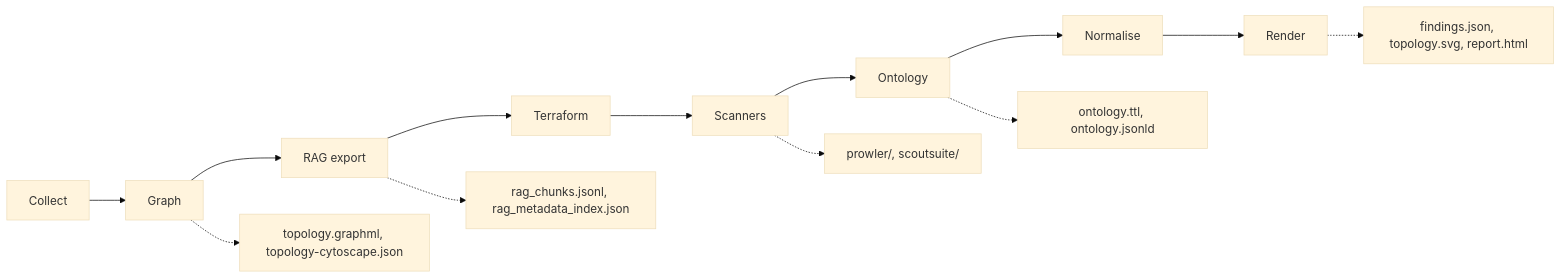
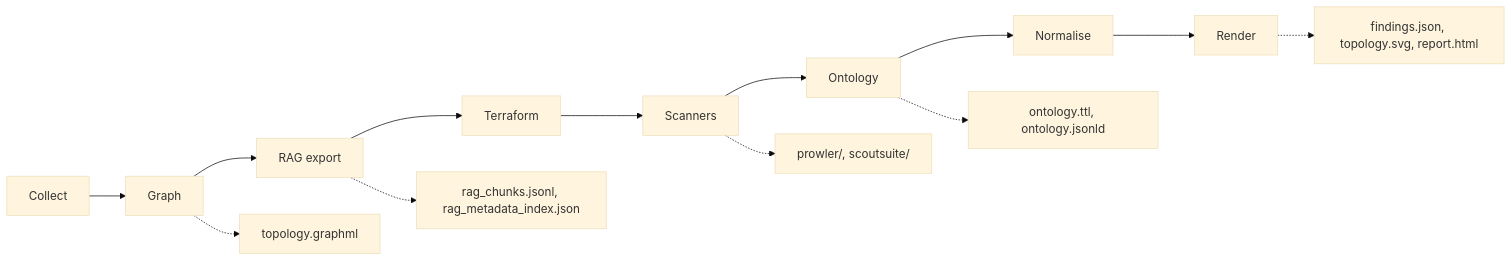
One commit to morpheuslord/cloudg changed the diagram in site/content/reference/output-files.md. Above: the diagram before and after it, drawn with Mermaid (base theme). The commit also changed other lines of this file and 51 other files, not shown here.

````diff
--- a/site/content/reference/output-files.md
+++ b/site/content/reference/output-files.md
@@ -12,15 +12,15 @@
 ```mermaid caption="Where the files of cloudg run come from, phase by phase"
 flowchart LR
   A["Collect"] --> B["Graph"]
   B --> C["RAG export"]
   C --> D["Terraform"]
   D --> E["Scanners"]
   E --> F["Ontology"]
   F --> G["Normalise"]
   G --> H["Render"]
-  B -.-> B1["topology.graphml, topology-cytoscape.json"]
+  B -.-> B1["topology.graphml"]
   C -.-> C1["rag_chunks.jsonl, rag_metadata_index.json"]
   E -.-> E1["prowler/, scoutsuite/"]
   F -.-> F1["ontology.ttl, ontology.jsonld"]
   H -.-> H1["findings.json, topology.svg, report.html"]
 ```
````
